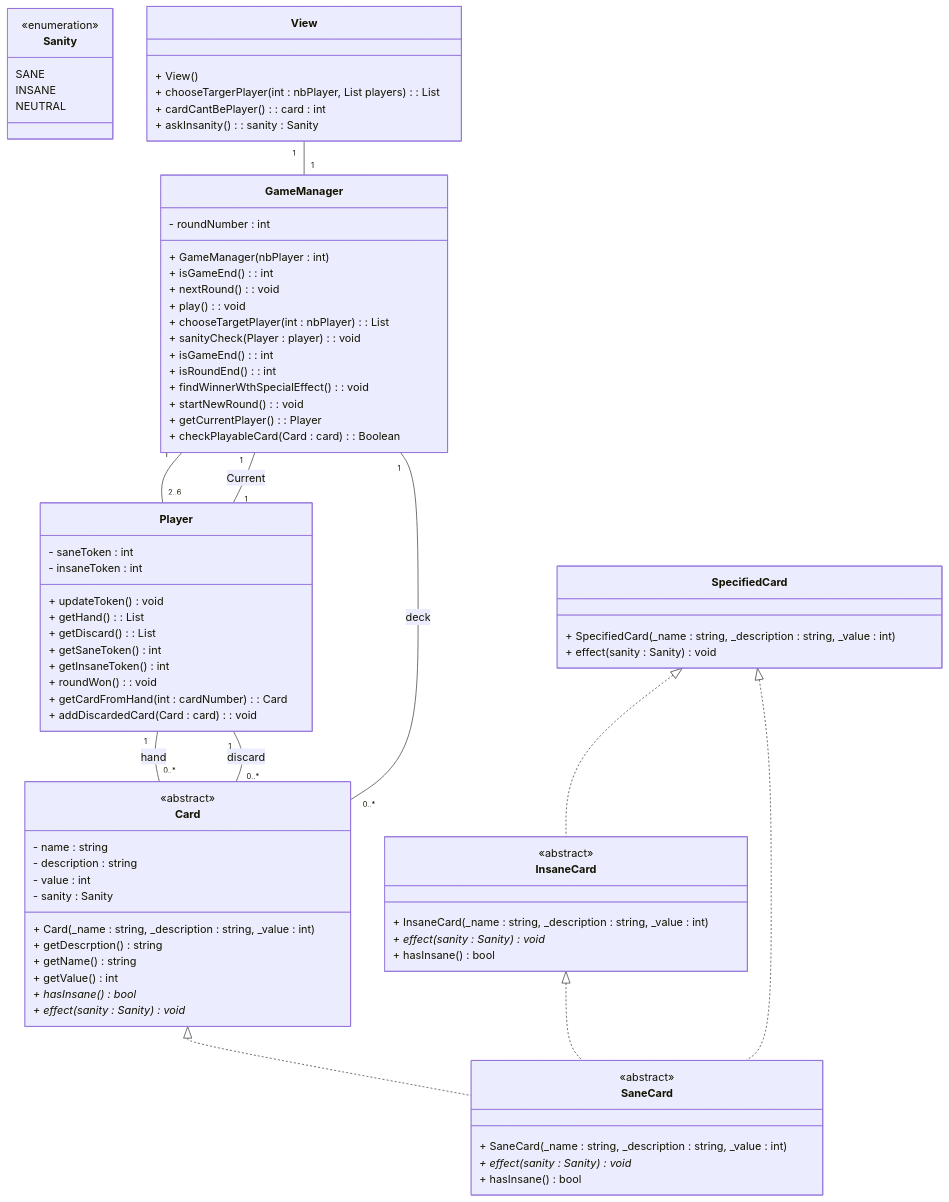
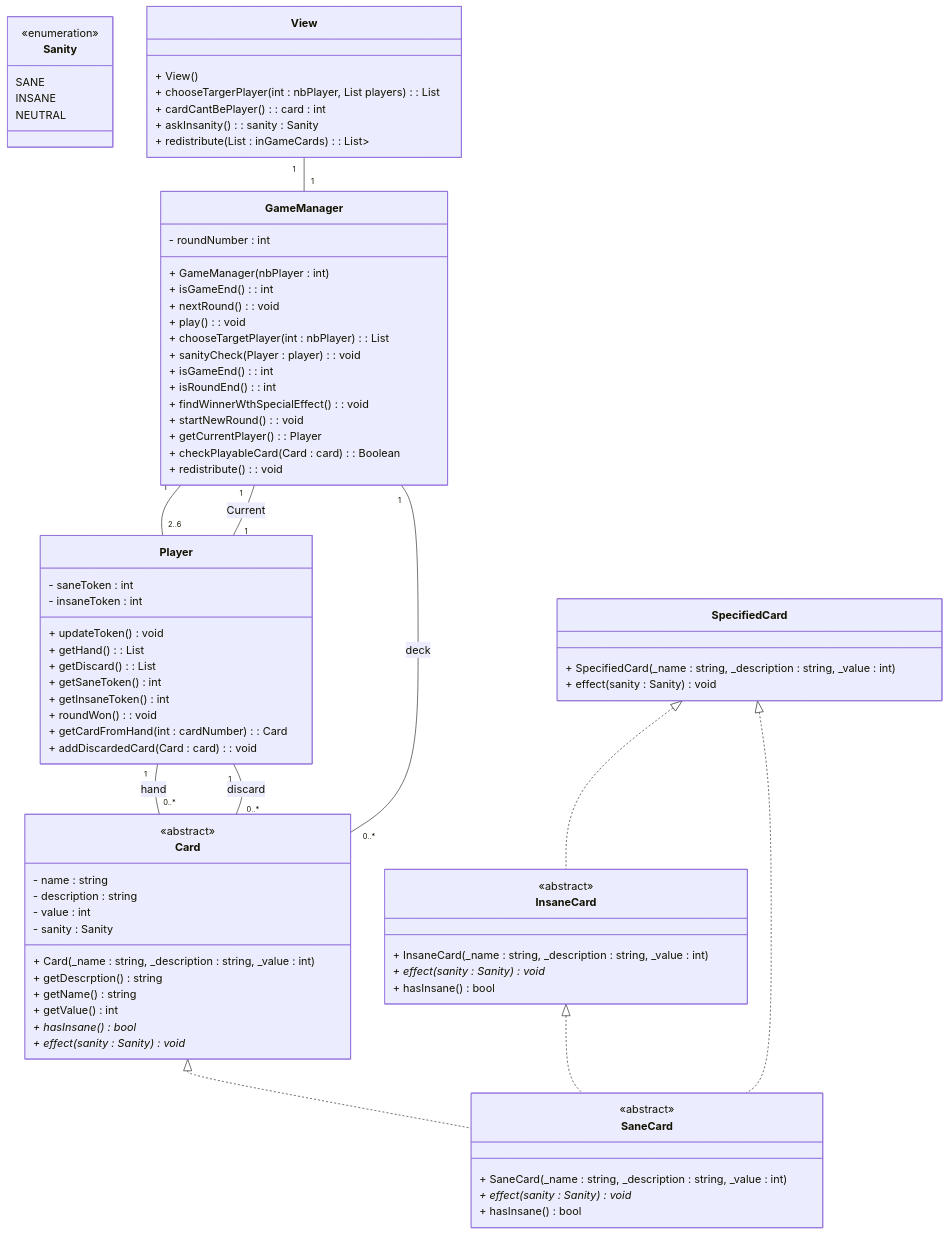
One commit to Marsevil/LovecraftLetter_IA changed the diagram in docs/uml.mmd. Above: the diagram before and after it, drawn with Mermaid. The commit also changed 2 other files, not shown here.

Commit message:
feat(GameManager): Implement redistribute function
- redistribute function take all the card arround the table and give them to the view. The view return a list of list that represent the new hand for each players.

main

```diff
--- a/docs/uml.mmd
+++ b/docs/uml.mmd
@@ -1,90 +1,92 @@
 classDiagram
     class Sanity {
     <<enumeration>>
         SANE
         INSANE
         NEUTRAL
     }
 
     class Card {
     <<abstract>>
         - name : string
         - description : string
         - value : int
         - sanity : Sanity
 
         + Card(_name : string, _description : string, _value : int)
         + getDescrption() string
         + getName() string
         + getValue() int
         + hasInsane()* bool
         + effect(sanity : Sanity)* void
     }
 
     class SaneCard {
     <<abstract>>
         + SaneCard(_name : string, _description : string, _value : int)
         + effect(sanity : Sanity)* void
         + hasInsane() bool
     }
 
     class InsaneCard {
     <<abstract>>
         + InsaneCard(_name : string, _description : string, _value : int)
         + effect(sanity : Sanity)* void
         + hasInsane() bool
     }
 
     class SpecifiedCard {
         + SpecifiedCard(_name : string, _description : string, _value : int)
         + effect(sanity : Sanity) void
     }
 
     class GameManager {
         - roundNumber : int
 
         + GameManager(nbPlayer : int)
         + isGameEnd() : int
         + nextRound() : void
         + play() : void
         + chooseTargetPlayer(int : nbPlayer) : List<Player>
         + sanityCheck(Player : player) : void
         + isGameEnd() : int
         + isRoundEnd() : int
         + findWinnerWthSpecialEffect() : void
         + startNewRound() : void
         + getCurrentPlayer() : Player
-        + checkPlayableCard(Card : card) : Boolean 
+        + checkPlayableCard(Card : card) : Boolean
+        + redistribute() : void
     }
 
     class Player {
         - saneToken : int
         - insaneToken : int
 
         + updateToken() void
         + getHand() : List<Card>
         + getDiscard() : List<Card>
         + getSaneToken() int
         + getInsaneToken() int
         + roundWon() : void
         + getCardFromHand(int : cardNumber) : Card
         + addDiscardedCard(Card : card) : void
     }
 
     class View {
         + View()
         + chooseTargerPlayer(int : nbPlayer, List<Player> players) : List<Player>
         + cardCantBePlayer() : card : int
         + askInsanity() : sanity : Sanity
+        + redistribute(List<Card> : inGameCards) : List<List<Card>>
     }
 
     Card <|.. SaneCard
     InsaneCard <|.. SaneCard
     SpecifiedCard <|.. SaneCard
     SpecifiedCard <|.. InsaneCard
     Player "1" -- "0..*" Card : hand
     Player "1" -- "0..*" Card : discard
     GameManager "1" -- "0..*" Card : deck
     GameManager "1" -- "2..6" Player
     GameManager "1" -- "1" Player : Current
     View "1" -- "1" GameManager
```
